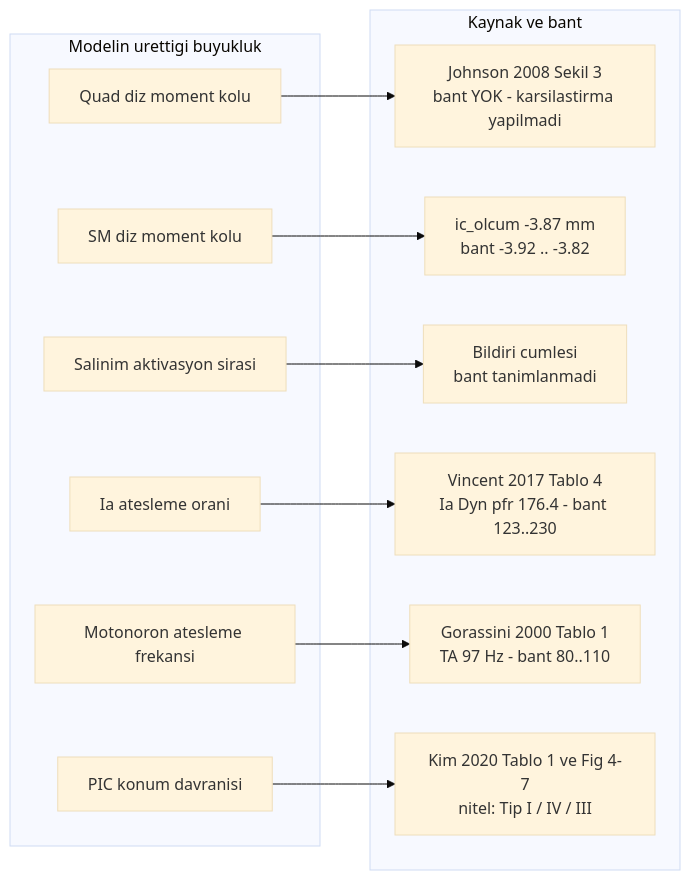
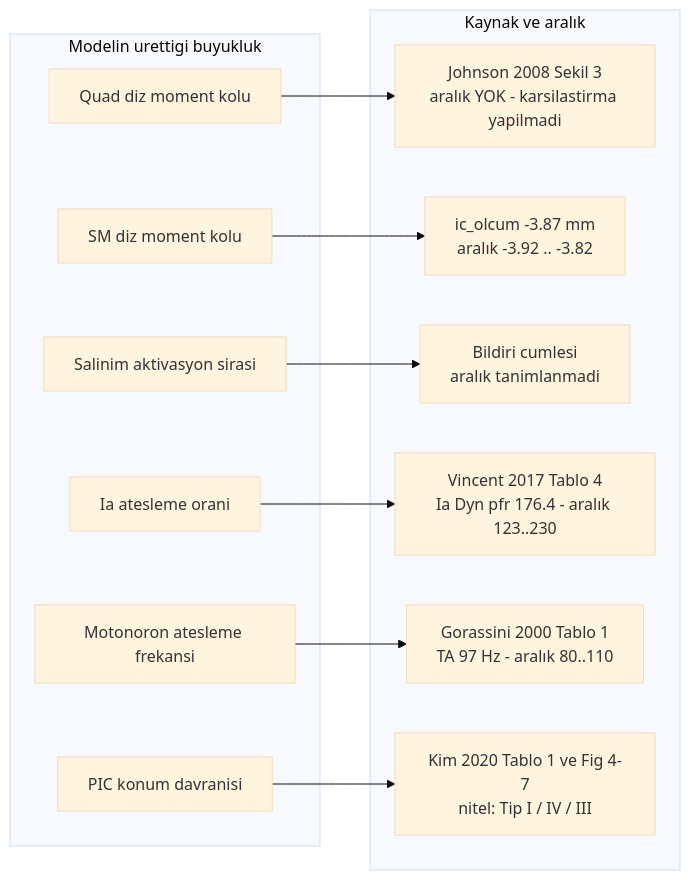
Before and after one commit to Microrobotik-Mechatronics-Laboratory/CP-USK2026-rat-hindlimb-movement-neuromechanics-opensim-neuron: diagram 11 of 11 in PREPRINT.md, drawn with Mermaid (base theme). The commit also changed other lines of this file and 22 other files, not shown here.

````diff
--- a/PREPRINT.md
+++ b/PREPRINT.md
@@ -1003,25 +1003,25 @@
 ```mermaid
 flowchart LR
     subgraph OLC["Modelin urettigi buyukluk"]
         M1["Quad diz moment kolu"]
         M2["SM diz moment kolu"]
         M3["Salinim aktivasyon sirasi"]
         M4["Ia atesleme orani"]
         M5["Motonoron atesleme frekansi"]
         M6["PIC konum davranisi"]
     end
-    subgraph KAY["Kaynak ve bant"]
-        K1["Johnson 2008 Sekil 3<br/>bant YOK - karsilastirma yapilmadi"]
-        K2["ic_olcum -3.87 mm<br/>bant -3.92 .. -3.82"]
-        K3["Bildiri cumlesi<br/>bant tanimlanmadi"]
-        K4["Vincent 2017 Tablo 4<br/>Ia Dyn pfr 176.4 - bant 123..230"]
-        K5["Gorassini 2000 Tablo 1<br/>TA 97 Hz - bant 80..110"]
+    subgraph KAY["Kaynak ve aralık"]
+        K1["Johnson 2008 Sekil 3<br/>aralık YOK - karsilastirma yapilmadi"]
+        K2["ic_olcum -3.87 mm<br/>aralık -3.92 .. -3.82"]
+        K3["Bildiri cumlesi<br/>aralık tanimlanmadi"]
+        K4["Vincent 2017 Tablo 4<br/>Ia Dyn pfr 176.4 - aralık 123..230"]
+        K5["Gorassini 2000 Tablo 1<br/>TA 97 Hz - aralık 80..110"]
         K6["Kim 2020 Tablo 1 ve Fig 4-7<br/>nitel: Tip I / IV / III"]
     end
     M1 --> K1
     M2 --> K2
     M3 --> K3
     M4 --> K4
     M5 --> K5
     M6 --> K6
 ```
````
